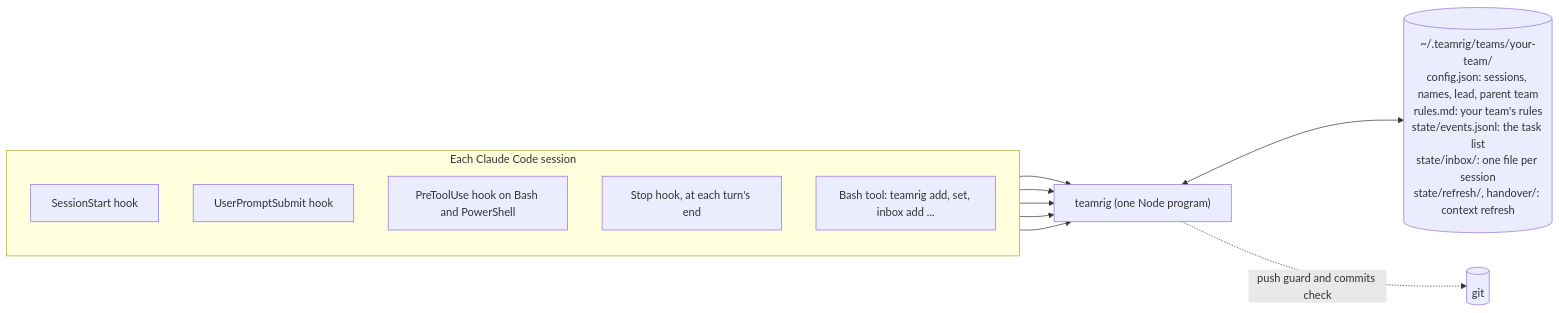
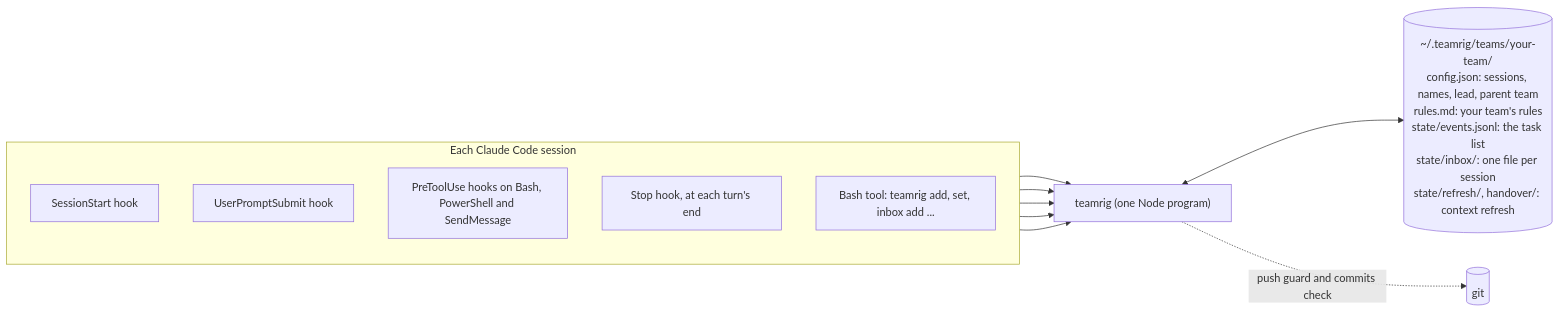
One commit to GeneralA6/teamrig changed the first of 9 diagrams in docs/how-it-works.md. Above: the diagram before and after it, drawn with Mermaid. The commit also changed other lines of this file and 8 other files, not shown here.

Commit message:
docs: the cold-send hook

````diff
--- a/docs/how-it-works.md
+++ b/docs/how-it-works.md
@@ -22,21 +22,21 @@
 ```mermaid
 flowchart LR
   subgraph session["Each Claude Code session"]
     direction TB
     start["SessionStart hook"]
     prompt["UserPromptSubmit hook"]
-    guard["PreToolUse hook on Bash and PowerShell"]
+    guard["PreToolUse hooks on Bash, PowerShell and SendMessage"]
     stop["Stop hook, at each turn's end"]
     tool["Bash tool: teamrig add, set, inbox add ..."]
   end
   cli["teamrig (one Node program)"]
   folder[("~/.teamrig/teams/your-team/<br>config.json: sessions, names, lead, parent team<br>rules.md: your team's rules<br>state/events.jsonl: the task list<br>state/inbox/: one file per session<br>state/refresh/, handover/: context refresh")]
   git[("git")]
   start --> cli
   prompt --> cli
   guard --> cli
   stop --> cli
   tool --> cli
   cli <--> folder
   cli -. "push guard and commits check" .-> git
 ```
````
